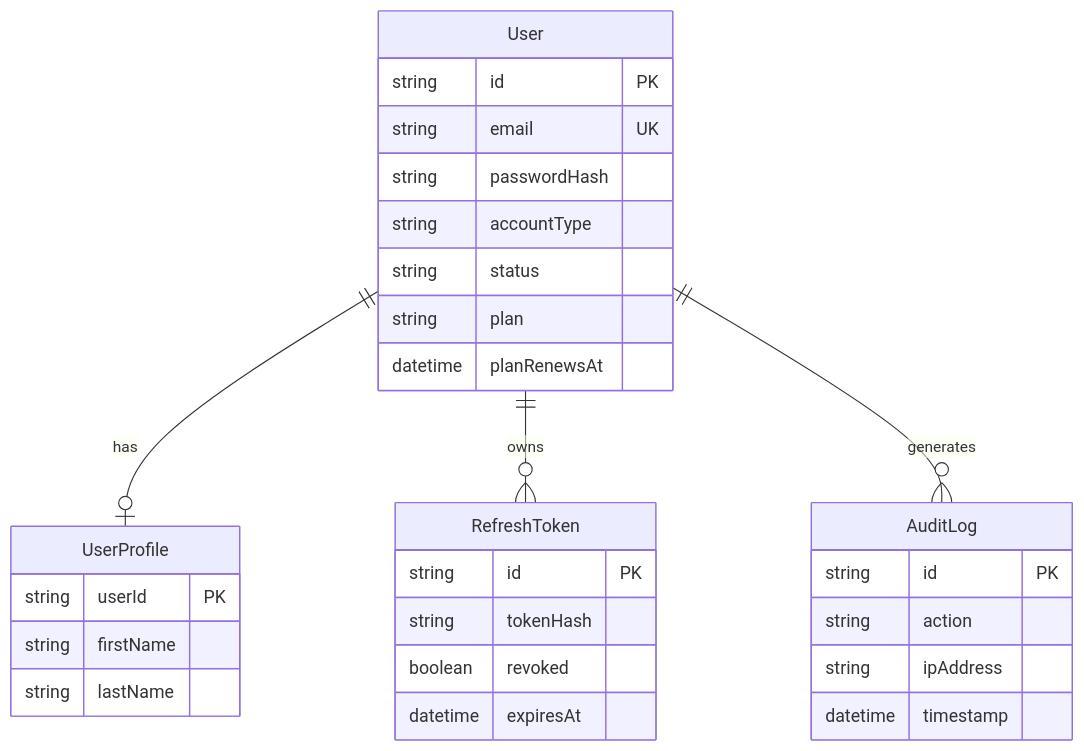
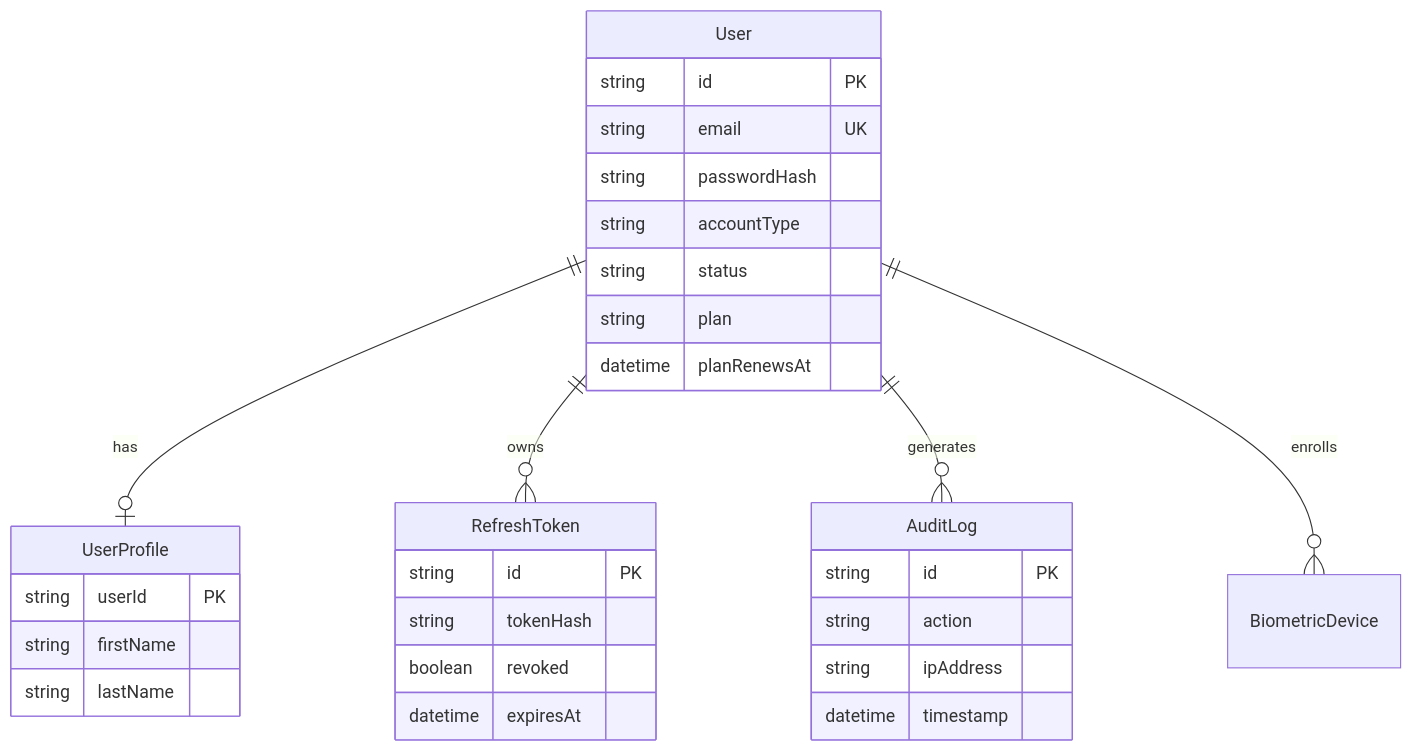
Before and after one commit to Tombomeke-Studios/FinVault: the fourth of 7 diagrams in docs/architecture.md, drawn with Mermaid. The commit also changed other lines of this file and 5 other files, not shown here.

First line of the commit message:
feat(security): bind biometric sign-in to an account with a device credential

````diff
--- a/docs/architecture.md
+++ b/docs/architecture.md
@@ -125,33 +125,34 @@
 ```mermaid
 erDiagram
     User ||--o| UserProfile : has
     User ||--o{ RefreshToken : owns
     User ||--o{ AuditLog : generates
+    User ||--o{ BiometricDevice : enrolls
 
     User {
         string id PK
         string email UK
         string passwordHash
         string accountType
         string status
         string plan
         datetime planRenewsAt
     }
     UserProfile {
         string userId PK
         string firstName
         string lastName
     }
     RefreshToken {
         string id PK
         string tokenHash
         boolean revoked
         datetime expiresAt
     }
     AuditLog {
         string id PK
         string action
         string ipAddress
         datetime timestamp
     }
 ```
````
